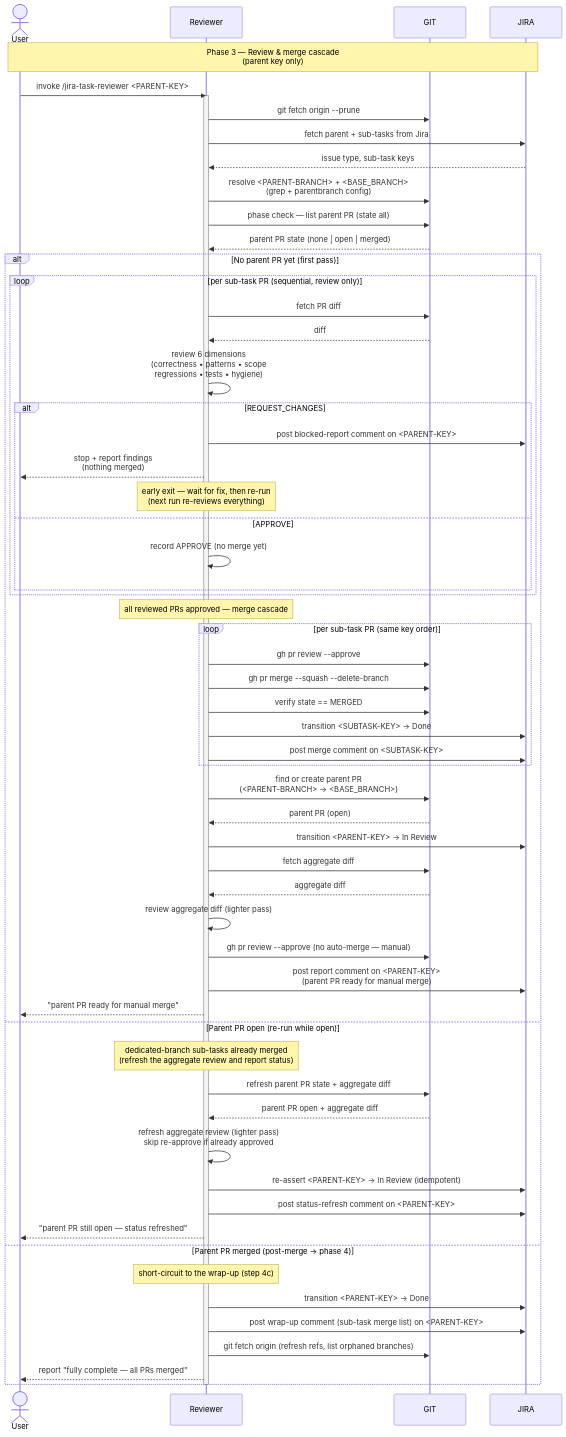
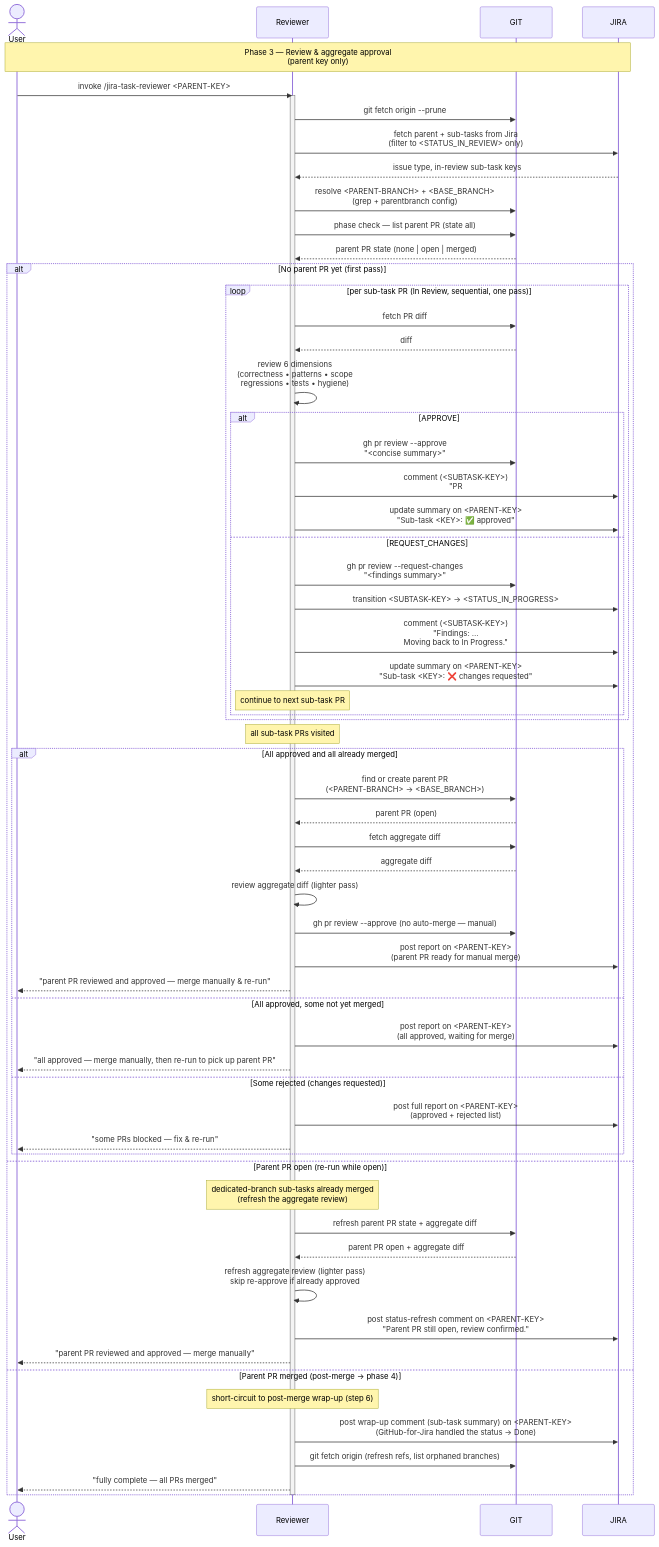
The diagram in plugins/jira-sdlc/docs/TASK-LIFECYCLE-PHASE-3.md (kantorv/jira-sdlc-tools), drawn with Mermaid before and after one commit. The commit also changed other lines of this file and 3 other files, not shown here.

````diff
--- a/plugins/jira-sdlc/docs/TASK-LIFECYCLE-PHASE-3.md
+++ b/plugins/jira-sdlc/docs/TASK-LIFECYCLE-PHASE-3.md
@@ -29,67 +28,71 @@
 ```mermaid
 sequenceDiagram
     actor User
     participant Reviewer
     participant GIT
     participant JIRA
 
-    Note over User,JIRA: Phase 3 — Review & merge cascade<br/>(parent key only)
+    Note over User,JIRA: Phase 3 — Review & aggregate approval<br/>(parent key only)
     User->>Reviewer: invoke /jira-task-reviewer <PARENT-KEY>
 
     activate Reviewer
     Reviewer->>GIT: git fetch origin --prune
-    Reviewer->>JIRA: fetch parent + sub-tasks from Jira
-    JIRA-->>Reviewer: issue type, sub-task keys
+    Reviewer->>JIRA: fetch parent + sub-tasks from Jira<br/>(filter to <STATUS_IN_REVIEW> only)
+    JIRA-->>Reviewer: issue type, in-review sub-task keys
     Reviewer->>GIT: resolve <PARENT-BRANCH> + <BASE_BRANCH><br/>(grep + parentbranch config)
     Reviewer->>GIT: phase check — list parent PR (state all)
     GIT-->>Reviewer: parent PR state (none | open | merged)
 
     alt No parent PR yet (first pass)
-        loop per sub-task PR (sequential, review only)
+        loop per sub-task PR (In Review, sequential, one pass)
             Reviewer->>GIT: fetch PR diff
             GIT-->>Reviewer: diff
             Reviewer->>Reviewer: review 6 dimensions<br/>(correctness • patterns • scope<br/>regressions • tests • hygiene)
-            alt REQUEST_CHANGES
-                Reviewer->>JIRA: post blocked-report comment on <PARENT-KEY>
-                Reviewer-->>User: stop + report findings<br/>(nothing merged)
-                Note over Reviewer: early exit — wait for fix, then re-run<br/>(next run re-reviews everything)
-            else APPROVE
-                Reviewer->>Reviewer: record APPROVE (no merge yet)
+
+            alt APPROVE
+                Reviewer->>GIT: gh pr review --approve<br/>"<concise summary>"
+                Reviewer->>JIRA: comment (<SUBTASK-KEY>)<br/>"PR #<n> reviewed and approved"
+                Reviewer->>JIRA: update summary on <PARENT-KEY><br/>"Sub-task <KEY>: ✅ approved"
+            else REQUEST_CHANGES
+                Reviewer->>GIT: gh pr review --request-changes<br/>"<findings summary>"
+                Reviewer->>JIRA: transition <SUBTASK-KEY> → <STATUS_IN_PROGRESS>
+                Reviewer->>JIRA: comment (<SUBTASK-KEY>)<br/>"Findings: ...<br/>Moving back to In Progress."
+                Reviewer->>JIRA: update summary on <PARENT-KEY><br/>"Sub-task <KEY>: ❌ changes requested"
+                Note over Reviewer: continue to next sub-task PR
             end
         end
 
-        Note over Reviewer: all reviewed PRs approved — merge cascade
-        loop per sub-task PR (same key order)
-            Reviewer->>GIT: gh pr review --approve
-            Reviewer->>GIT: gh pr merge --squash --delete-branch
-            Reviewer->>GIT: verify state == MERGED
-            Reviewer->>JIRA: transition <SUBTASK-KEY> → Done
-            Reviewer->>JIRA: post merge comment on <SUBTASK-KEY>
+        Note over Reviewer: all sub-task PRs visited
+        alt All approved and all already merged
+            Reviewer->>GIT: find or create parent PR<br/>(<PARENT-BRANCH> → <BASE_BRANCH>)
+            GIT-->>Reviewer: parent PR (open)
+            Reviewer->>GIT: fetch aggregate diff
+            GIT-->>Reviewer: aggregate diff
+            Reviewer->>Reviewer: review aggregate diff (lighter pass)
+            Reviewer->>GIT: gh pr review --approve (no auto-merge — manual)
+            Reviewer->>JIRA: post report on <PARENT-KEY><br/>(parent PR ready for manual merge)
+            Reviewer-->>User: "parent PR reviewed and approved — merge manually & re-run"
+        else All approved, some not yet merged
+            Reviewer->>JIRA: post report on <PARENT-KEY><br/>(all approved, waiting for merge)
+            Reviewer-->>User: "all approved — merge manually, then re-run to pick up parent PR"
+        else Some rejected (changes requested)
+            Reviewer->>JIRA: post full report on <PARENT-KEY><br/>(approved + rejected list)
+            Reviewer-->>User: "some PRs blocked — fix & re-run"
         end
 
-        Reviewer->>GIT: find or create parent PR<br/>(<PARENT-BRANCH> → <BASE_BRANCH>)
-        GIT-->>Reviewer: parent PR (open)
-        Reviewer->>JIRA: transition <PARENT-KEY> → In Review
-        Reviewer->>GIT: fetch aggregate diff
-        GIT-->>Reviewer: aggregate diff
-        Reviewer->>Reviewer: review aggregate diff (lighter pass)
-        Reviewer->>GIT: gh pr review --approve (no auto-merge — manual)
-        Reviewer->>JIRA: post report comment on <PARENT-KEY><br/>(parent PR ready for manual merge)
-        Reviewer-->>User: "parent PR ready for manual merge"
     else Parent PR open (re-run while open)
-        Note over Reviewer: dedicated-branch sub-tasks already merged<br/>(refresh the aggregate review and report status)
+        Note over Reviewer: dedicated-branch sub-tasks already merged<br/>(refresh the aggregate review)
         Reviewer->>GIT: refresh parent PR state + aggregate diff
         GIT-->>Reviewer: parent PR open + aggregate diff
         Reviewer->>Reviewer: refresh aggregate review (lighter pass)<br/>skip re-approve if already approved
-        Reviewer->>JIRA: re-assert <PARENT-KEY> → In Review (idempotent)
-        Reviewer->>JIRA: post status-refresh comment on <PARENT-KEY>
-        Reviewer-->>User: "parent PR still open — status refreshed"
+        Reviewer->>JIRA: post status-refresh comment on <PARENT-KEY><br/>"Parent PR still open, review confirmed."
+        Reviewer-->>User: "parent PR reviewed and approved — merge manually"
+
     else Parent PR merged (post-merge → phase 4)
-        Note over Reviewer: short-circuit to the wrap-up (step 4c)
-        Reviewer->>JIRA: transition <PARENT-KEY> → Done
-        Reviewer->>JIRA: post wrap-up comment (sub-task merge list) on <PARENT-KEY>
+        Note over Reviewer: short-circuit to post-merge wrap-up (step 6)
+        Reviewer->>JIRA: post wrap-up comment (sub-task summary) on <PARENT-KEY><br/>(GitHub-for-Jira handled the status → Done)
         Reviewer->>GIT: git fetch origin (refresh refs, list orphaned branches)
-        Reviewer-->>User: report "fully complete — all PRs merged"
+        Reviewer-->>User: "fully complete — all PRs merged"
     end
     deactivate Reviewer
 ```
````
